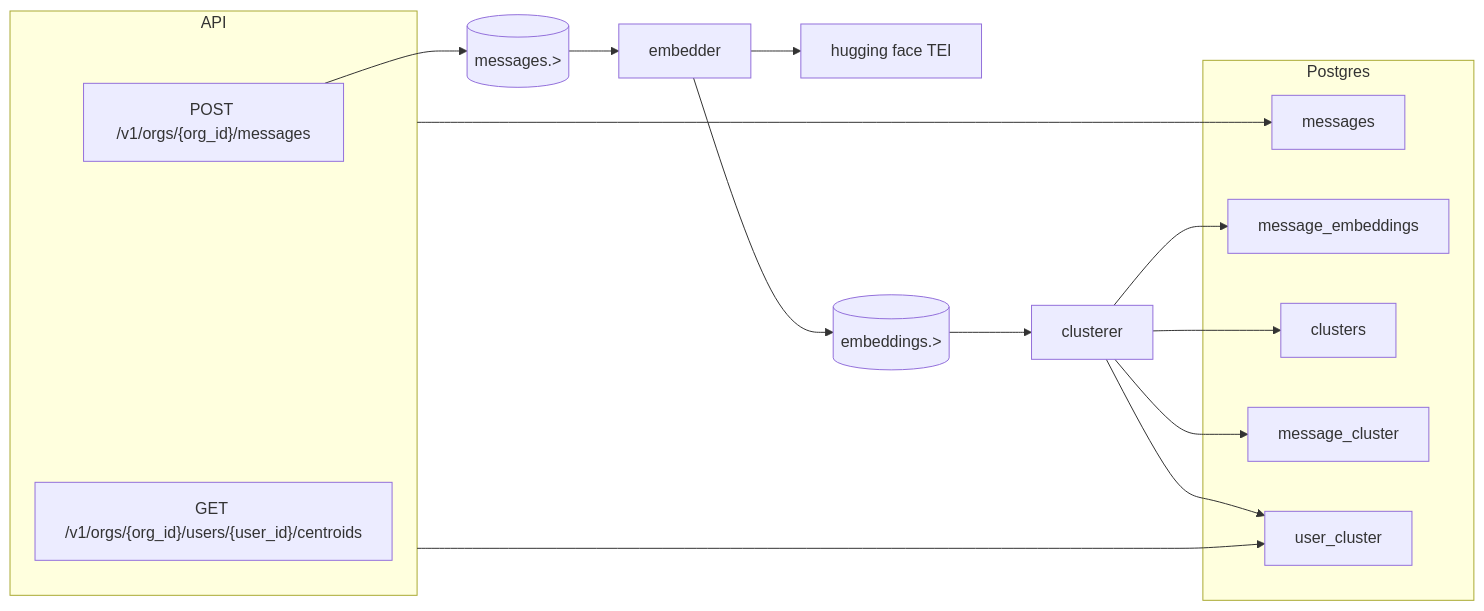
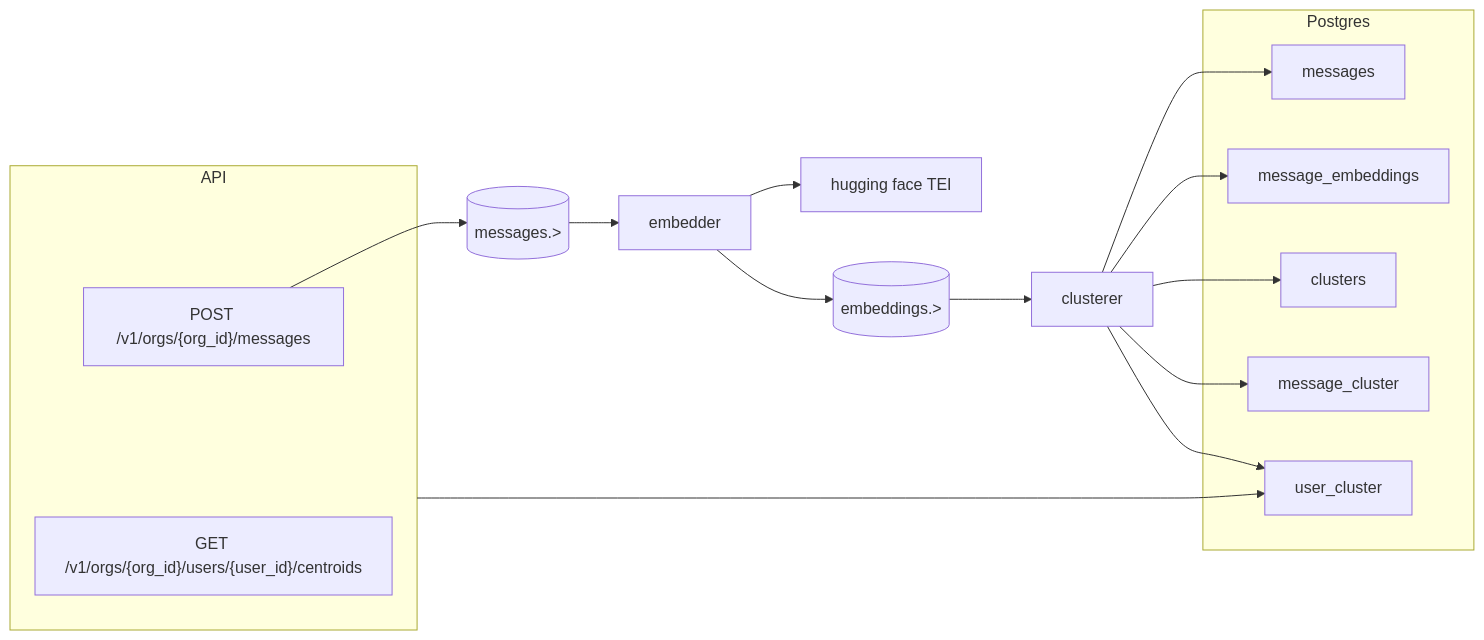
Before and after one commit to jtownson/network-builder: the diagram in README.md, drawn with Mermaid. The commit also changed 5 other files, not shown here.

````diff
--- a/README.md
+++ b/README.md
@@ -40,33 +40,33 @@
 ```mermaid
 flowchart LR
     subgraph API["API"]
         E1["POST /v1/orgs/{org_id}/messages"]
         E2["GET /v1/orgs/{org_id}/users/{user_id}/centroids"]
     end
 
     MSG[("messages.>")]
     EMBEDDER["embedder"]
     TEI["hugging face TEI"]
     EMB[("embeddings.>")]
     CLUSTERER["clusterer"]
     
     subgraph POSTGRES["Postgres"]
         T1["messages"]
         T2["message_embeddings"]
         T3["clusters"]
         T4["message_cluster"]
         T5["user_cluster"]
     end
 
     E1 --> MSG
     MSG --> EMBEDDER
     EMBEDDER --> TEI
     EMBEDDER --> EMB
     EMB --> CLUSTERER
-    API --> T1
     API --> T5
+    CLUSTERER --> T1
     CLUSTERER --> T2
     CLUSTERER --> T3
     CLUSTERER --> T4
     CLUSTERER --> T5
 ```
````
